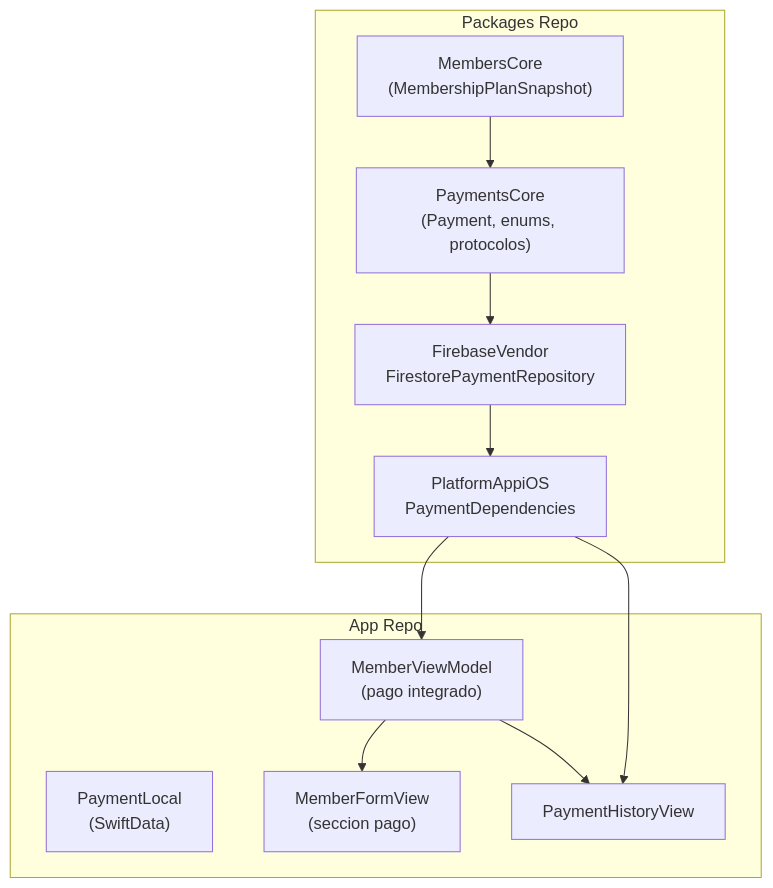
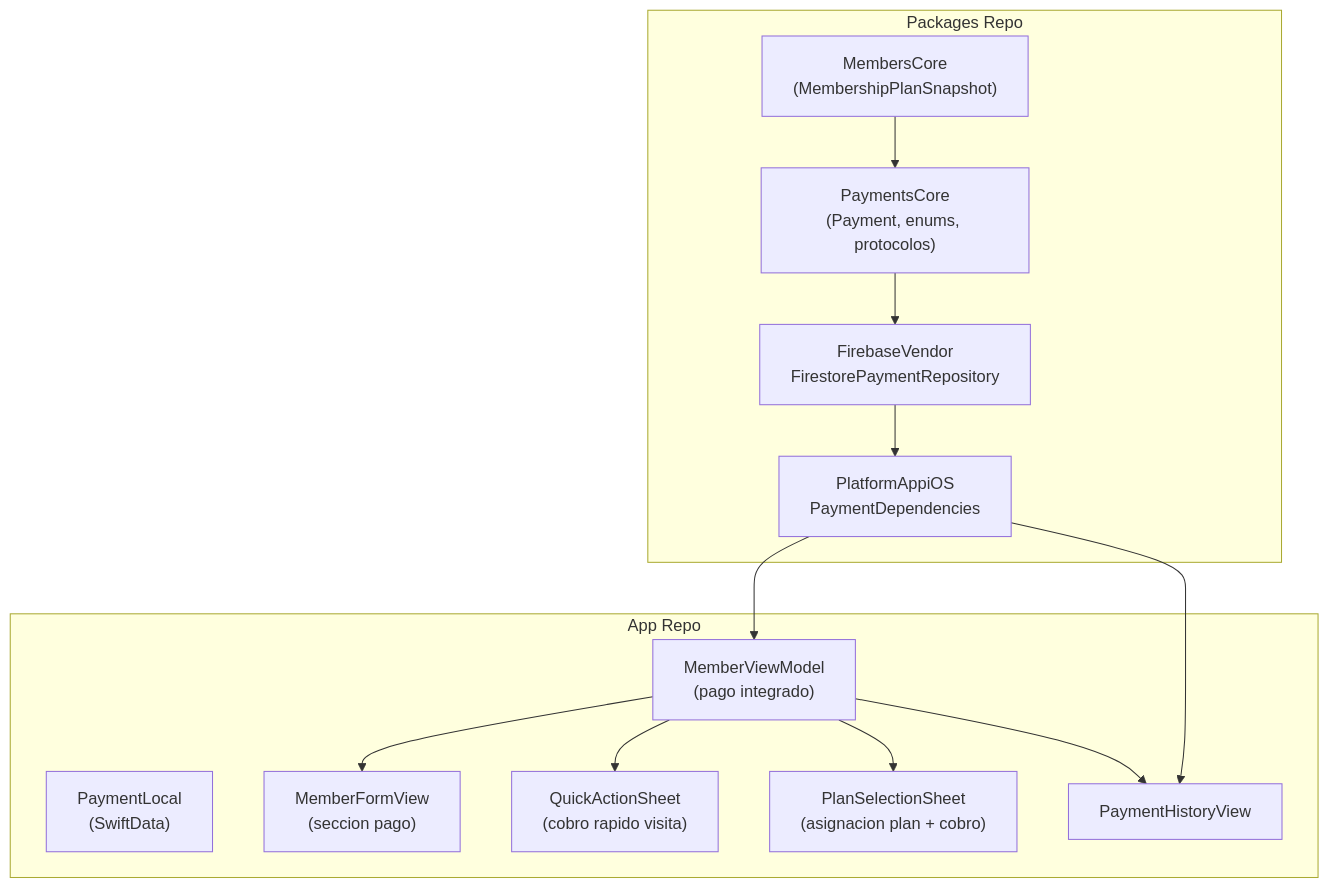
One commit to fsaldivar-dev/sajarubox-mcp changed the diagram in knowledge/ios-implementation/08-payment-module.md. Above: the diagram before and after it, drawn with Mermaid. The commit also changed other lines of this file and 5 other files, not shown here.

First line of the commit message:
docs: v1.4.0 — QuickActionSheet, cobro rapido de visita y primera visita gratis

````diff
--- a/knowledge/ios-implementation/08-payment-module.md
+++ b/knowledge/ios-implementation/08-payment-module.md
@@ -13,23 +13,27 @@
 ```mermaid
 flowchart TD
     subgraph packages ["Packages Repo"]
         MembersCore["MembersCore\n(MembershipPlanSnapshot)"]
         PaymentsCore["PaymentsCore\n(Payment, enums, protocolos)"]
         FirestorePaymentRepo["FirebaseVendor\nFirestorePaymentRepository"]
         PaymentDeps["PlatformAppiOS\nPaymentDependencies"]
         MembersCore --> PaymentsCore
         PaymentsCore --> FirestorePaymentRepo
         FirestorePaymentRepo --> PaymentDeps
     end
 
     subgraph app ["App Repo"]
         PaymentLocal["PaymentLocal\n(SwiftData)"]
         MemberVM["MemberViewModel\n(pago integrado)"]
         MemberForm["MemberFormView\n(seccion pago)"]
+        QuickAction["QuickActionSheet\n(cobro rapido visita)"]
+        PlanSelect["PlanSelectionSheet\n(asignacion plan + cobro)"]
         PaymentHistory["PaymentHistoryView"]
         PaymentDeps --> MemberVM
         PaymentDeps --> PaymentHistory
         MemberVM --> MemberForm
+        MemberVM --> QuickAction
+        MemberVM --> PlanSelect
         MemberVM --> PaymentHistory
     end
 ```
````
